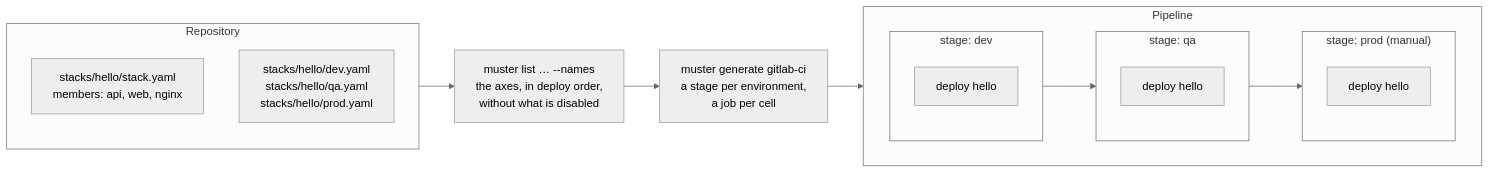
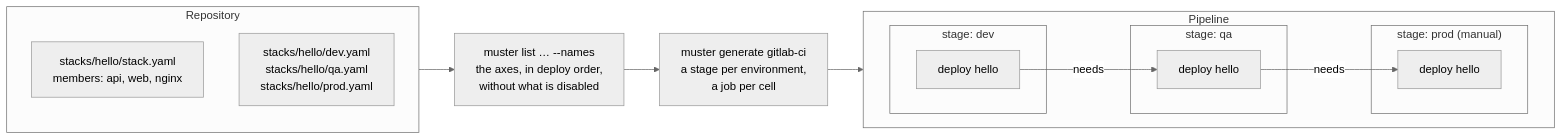
Before and after one commit to britzc/muster: the first of 2 diagrams in MATRIX.md, drawn with Mermaid (neutral theme). The commit also changed other lines of this file and 10 other files, not shown here.

````diff
--- a/MATRIX.md
+++ b/MATRIX.md
@@ -32,27 +32,27 @@
 ```mermaid
 flowchart LR
     subgraph repo["Repository"]
         direction TB
         st["stacks/hello/stack.yaml<br/>members: api, web, nginx"]
         envs["stacks/hello/dev.yaml<br/>stacks/hello/qa.yaml<br/>stacks/hello/prod.yaml"]
     end
 
     list["muster list … --names<br/>the axes, in deploy order,<br/>without what is disabled"]
     gen["muster generate gitlab-ci<br/>a stage per environment,<br/>a job per cell"]
 
     subgraph pipeline["Pipeline"]
         direction LR
         subgraph dev["stage: dev"]
             d1["deploy hello"]
         end
         subgraph qa["stage: qa"]
             q1["deploy hello"]
         end
         subgraph prod["stage: prod (manual)"]
             p1["deploy hello"]
         end
-        dev --> qa --> prod
+        d1 -- needs --> q1 -- needs --> p1
     end
 
     repo --> list --> gen --> pipeline
 ```
````
